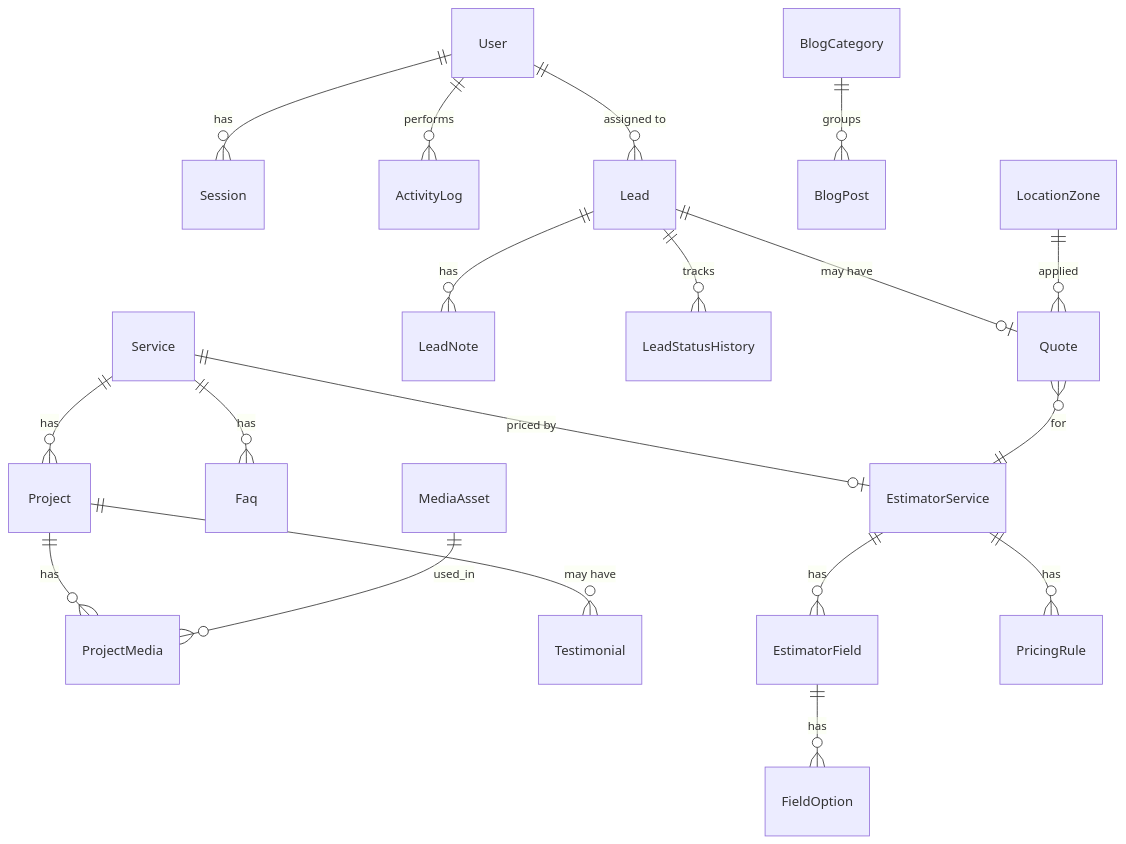
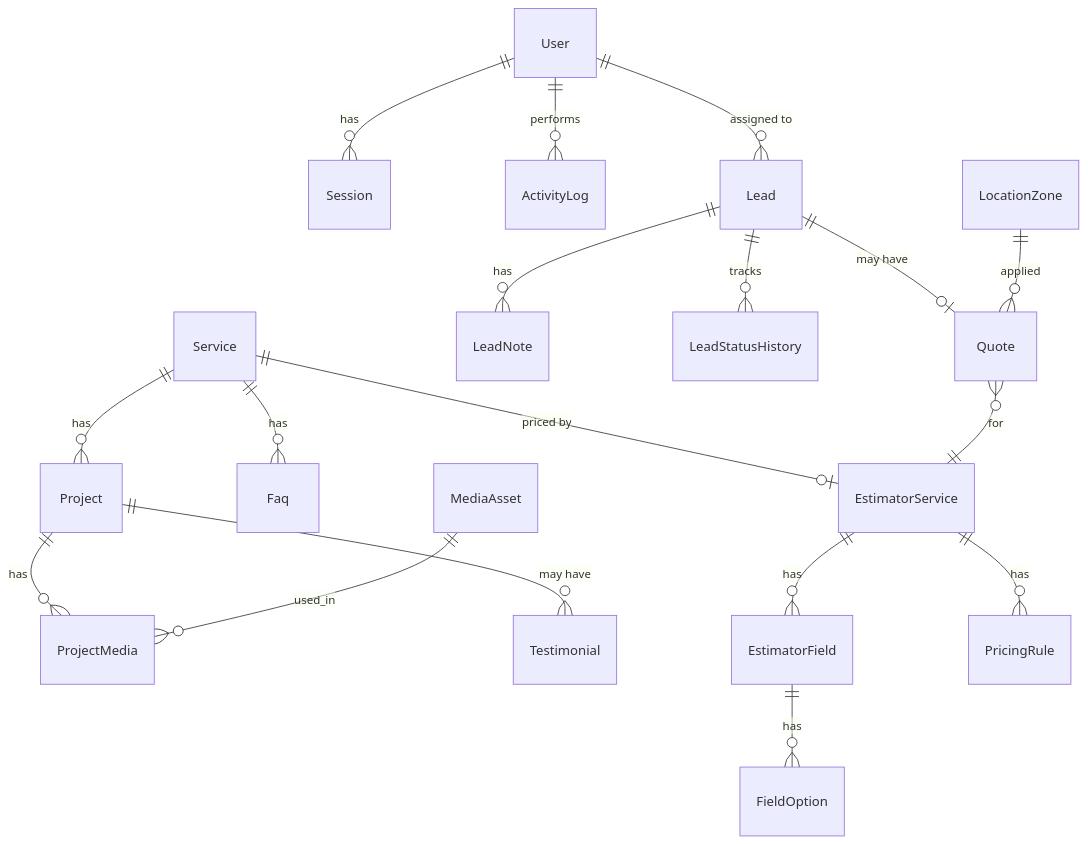
Before and after one commit to Sarvesh-Changan/vakratund: the diagram in docs/DATABASE.md, drawn with Mermaid. The commit also changed other lines of this file and 88 other files, not shown here.

````diff
--- a/docs/DATABASE.md
+++ b/docs/DATABASE.md
@@ -19,21 +19,20 @@
 ```mermaid
 erDiagram
   User ||--o{ Session : has
   User ||--o{ ActivityLog : performs
   User ||--o{ Lead : "assigned to"
   Service ||--o{ Project : has
   Service ||--o{ Faq : has
   Service ||--o| EstimatorService : "priced by"
   Project ||--o{ ProjectMedia : has
   MediaAsset ||--o{ ProjectMedia : used_in
   Project ||--o{ Testimonial : "may have"
-  BlogCategory ||--o{ BlogPost : groups
   EstimatorService ||--o{ EstimatorField : has
   EstimatorField ||--o{ FieldOption : has
   EstimatorService ||--o{ PricingRule : has
   Lead ||--o{ LeadNote : has
   Lead ||--o{ LeadStatusHistory : tracks
   Lead ||--o| Quote : "may have"
   Quote }o--|| EstimatorService : for
   LocationZone ||--o{ Quote : applied
 ```
````
